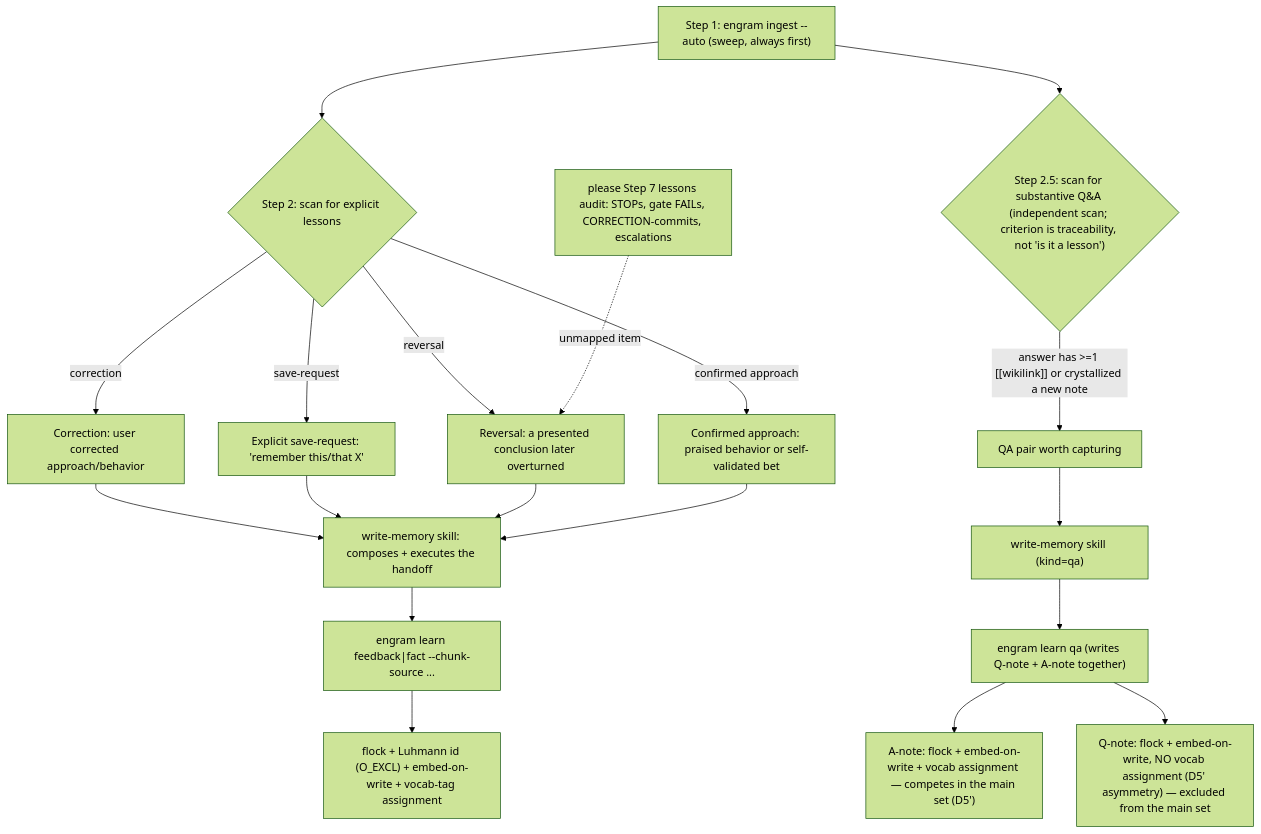
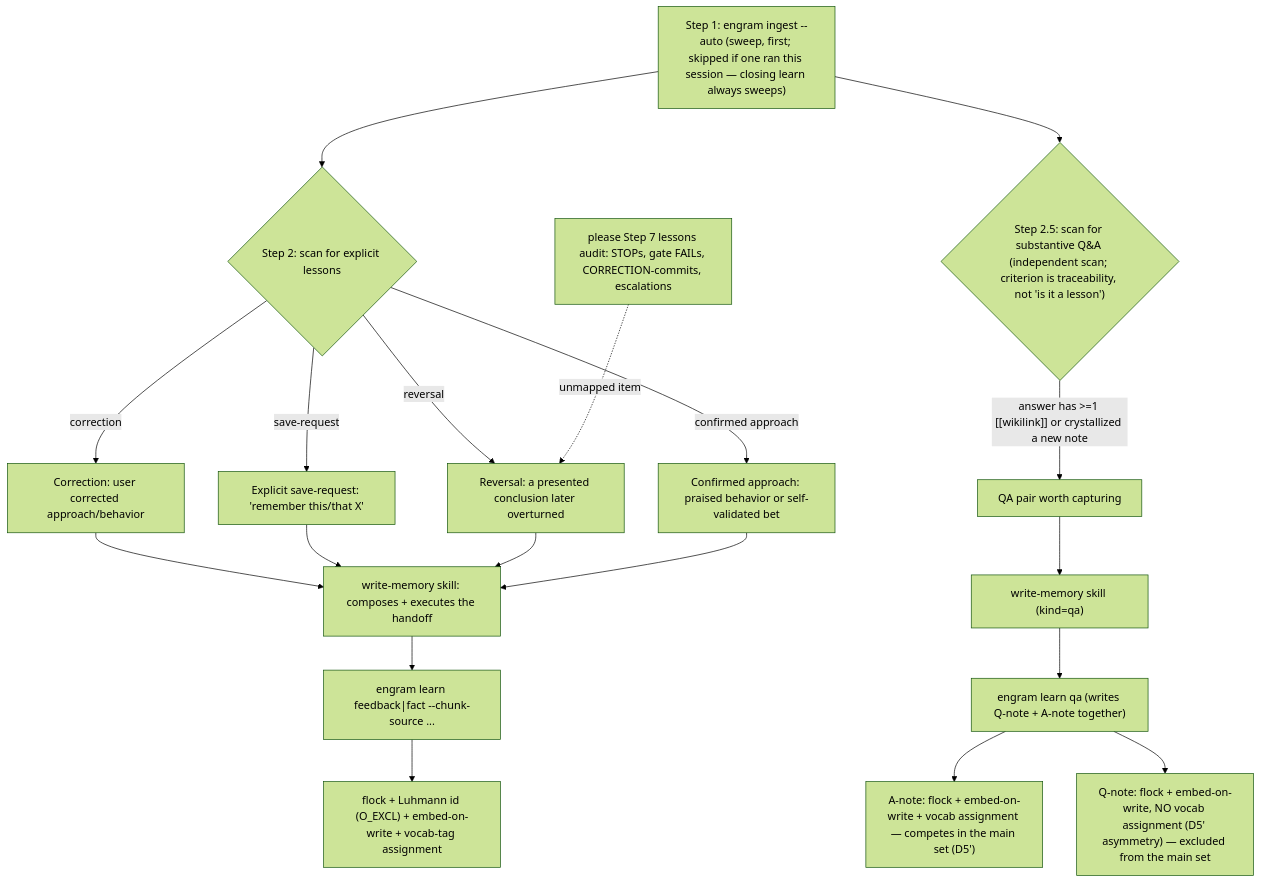
The sixth of 8 diagrams in docs/architecture/c2-containers.md (toejough/engram), drawn with Mermaid (forest theme) before and after one commit. The commit also changed 1 other file, not shown here.

Commit message:
docs: c2 learn-flowchart label matches the L3a sweep rule (#657 follow-up)
The '(sweep, always first)' label echoed learn's pre-L3a heading; the
skill's heading was corrected in the L3a commit but the diagram label
escaped that cycle's diagram check (judged illustrative). Fixed per
Joe's no-stale-docs directive. Also: the #684 plan's governing doc-grep
gains the hyphenated two-channel token (docs reviewer's ACK amendment).

AI-Used: [claude]

````diff
--- a/docs/architecture/c2-containers.md
+++ b/docs/architecture/c2-containers.md
@@ -202,24 +202,24 @@
 ```mermaid
 flowchart TD
-    S["Step 1: engram ingest --auto (sweep, always first)"] --> S2{"Step 2: scan for explicit lessons"}
+    S["Step 1: engram ingest --auto (sweep, first; skipped if one ran this session — closing learn always sweeps)"] --> S2{"Step 2: scan for explicit lessons"}
     S --> S25{"Step 2.5: scan for substantive Q&A (independent scan; criterion is traceability, not 'is it a lesson')"}
     S2 -->|correction| CORR["Correction: user corrected approach/behavior"]
     S2 -->|save-request| SAVE["Explicit save-request: 'remember this/that X'"]
     S2 -->|reversal| REV["Reversal: a presented conclusion later overturned"]
     S2 -->|confirmed approach| CONF["Confirmed approach: praised behavior or self-validated bet"]
     S25 -->|"answer has >=1 [[wikilink]] or crystallized a new note"| QAK["QA pair worth capturing"]
     P7["please Step 7 lessons audit: STOPs, gate FAILs, CORRECTION-commits, escalations"] -.->|"unmapped item"| REV
 
     CORR --> WM["write-memory skill: composes + executes the handoff"]
     SAVE --> WM
     REV --> WM
     CONF --> WM
     QAK --> WMQ["write-memory skill (kind=qa)"]
 
     WM --> L["engram learn feedback|fact --chunk-source ..."]
     WMQ --> LQ["engram learn qa (writes Q-note + A-note together)"]
 
     L --> CV["flock + Luhmann id (O_EXCL) + embed-on-write + vocab-tag assignment"]
     LQ --> CA["A-note: flock + embed-on-write + vocab assignment — competes in the main set (D5')"]
     LQ --> CQ["Q-note: flock + embed-on-write, NO vocab assignment (D5' asymmetry) — excluded from the main set"]
 ```
````
